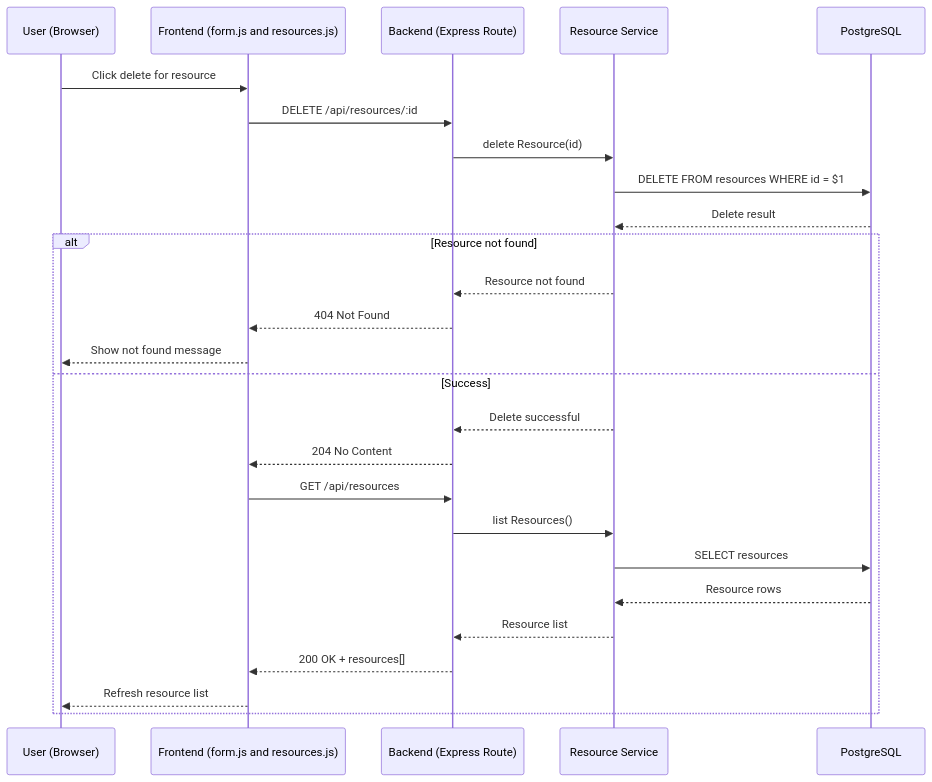
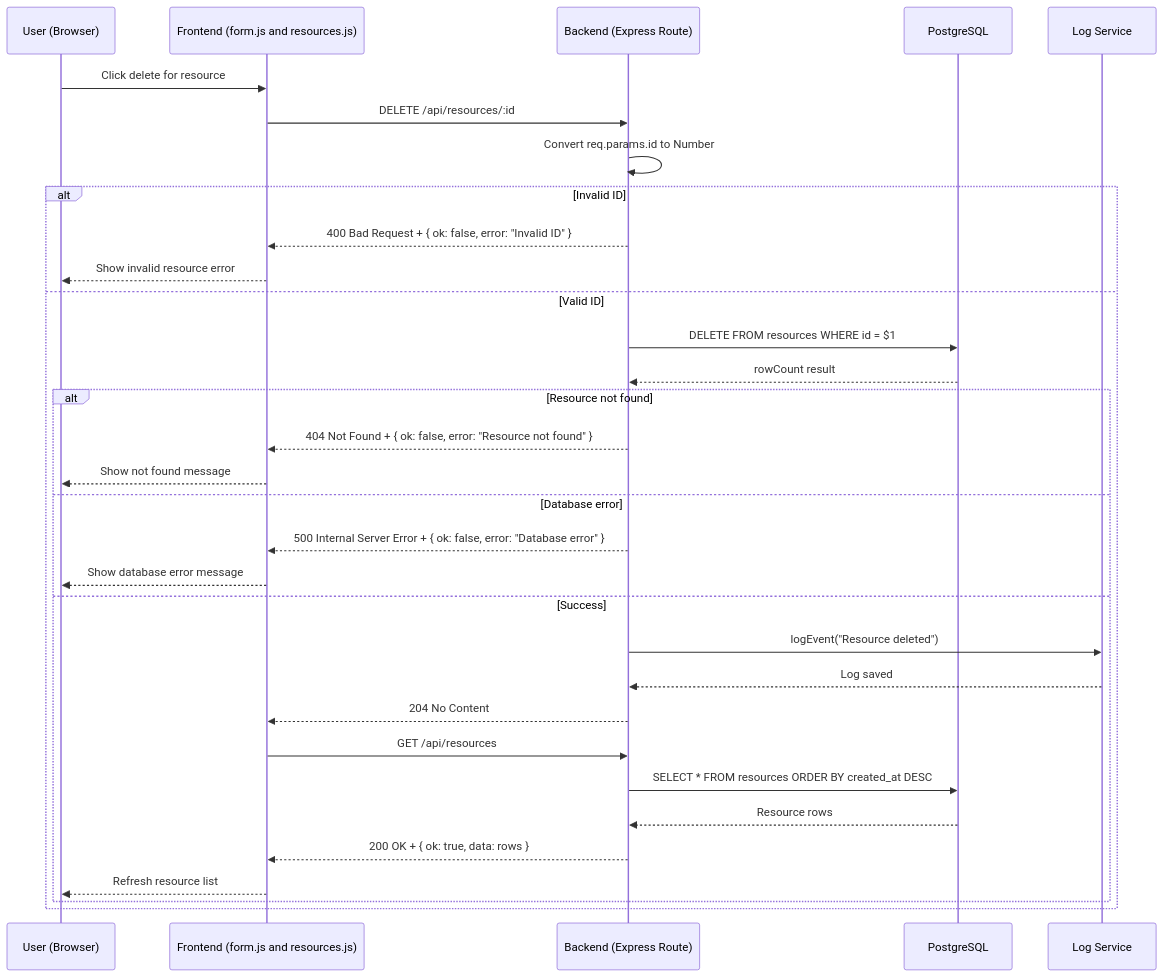
One commit to CheersEngineers/Centria-Web-jatkokurssi changed the fourth of 4 diagrams in BookingSystemPhase6/G1_CRUD_DataFlow.md. Above: the diagram before and after it, drawn with Mermaid. The commit also changed other lines of this file, not shown here.

Commit message:
Add logging and structured errors to CRUD flows
Update sequence diagrams for resource create/delete flows: remove the separate Resource Service and show backend performing DB operations directly; add a Log Service participant and log events for duplicates, creations, and deletions; return consistent JSON responses ({ ok: boolean, errors/error/data }) and include explicit validation (resourceValidators) and ID conversion. Also add explicit handling for duplicate resource names, database errors, invalid IDs, and refresh/listing behavior after deletes (ordered SELECT).

````diff
--- a/BookingSystemPhase6/G1_CRUD_DataFlow.md
+++ b/BookingSystemPhase6/G1_CRUD_DataFlow.md
@@ -135,31 +139,38 @@
 ```mermaid
 sequenceDiagram
     participant U as User (Browser)
     participant F as Frontend (form.js and resources.js)
     participant B as Backend (Express Route)
-    participant S as Resource Service
     participant DB as PostgreSQL
+    participant L as Log Service
 
     U->>F: Click delete for resource
     F->>B: DELETE /api/resources/:id
 
-    B->>S: delete Resource(id)
-    S->>DB: DELETE FROM resources WHERE id = $1
-    DB-->>S: Delete result
+    B->>B: Convert req.params.id to Number
 
-    alt Resource not found
-        S-->>B: Resource not found
-        B-->>F: 404 Not Found
-        F-->>U: Show not found message
-    else Success
-        S-->>B: Delete successful
-        B-->>F: 204 No Content
-        F->>B: GET /api/resources
-        B->>S: list Resources()
-        S->>DB: SELECT resources
-        DB-->>S: Resource rows
-        S-->>B: Resource list
-        B-->>F: 200 OK + resources[]
-        F-->>U: Refresh resource list
+    alt Invalid ID
+        B-->>F: 400 Bad Request + { ok: false, error: "Invalid ID" }
+        F-->>U: Show invalid resource error
+    else Valid ID
+        B->>DB: DELETE FROM resources WHERE id = $1
+        DB-->>B: rowCount result
+
+        alt Resource not found
+            B-->>F: 404 Not Found + { ok: false, error: "Resource not found" }
+            F-->>U: Show not found message
+        else Database error
+            B-->>F: 500 Internal Server Error + { ok: false, error: "Database error" }
+            F-->>U: Show database error message
+        else Success
+            B->>L: logEvent("Resource deleted")
+            L-->>B: Log saved
+            B-->>F: 204 No Content
+            F->>B: GET /api/resources
+            B->>DB: SELECT * FROM resources ORDER BY created_at DESC
+            DB-->>B: Resource rows
+            B-->>F: 200 OK + { ok: true, data: rows }
+            F-->>U: Refresh resource list
+        end
     end
 ```
````
